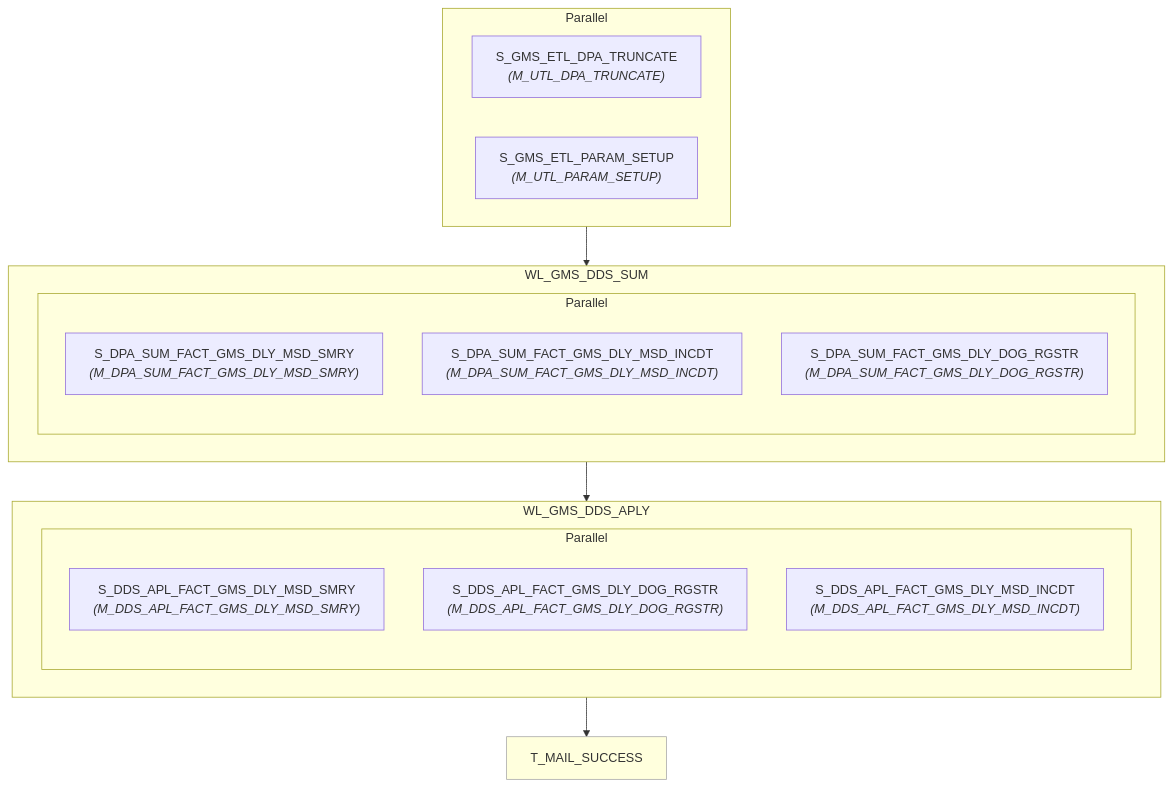
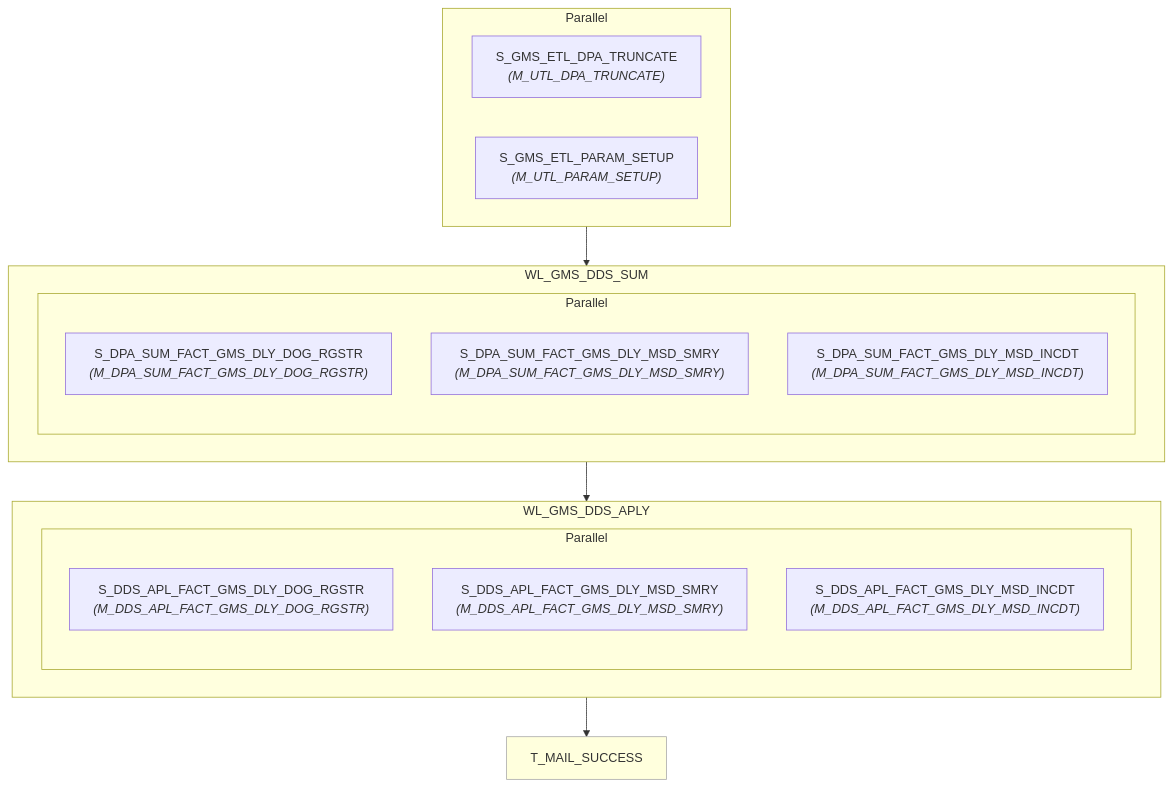
Before and after one commit to asl-adamxu/informatica-sparker-poc: the diagram in informatica/PySpark_workflows/dds/WF_GMS_DDS_APLY_DLY/wf_gms_dds_aply_dly.md, drawn with Mermaid. The commit also changed 434 other files, not shown here.

````diff
--- a/informatica/PySpark_workflows/dds/WF_GMS_DDS_APLY_DLY/wf_gms_dds_aply_dly.md
+++ b/informatica/PySpark_workflows/dds/WF_GMS_DDS_APLY_DLY/wf_gms_dds_aply_dly.md
@@ -7,34 +7,34 @@
 ```mermaid
 flowchart TD
     n1["S_GMS_ETL_DPA_TRUNCATE<br/><i>(M_UTL_DPA_TRUNCATE)</i>"]
     n2["S_GMS_ETL_PARAM_SETUP<br/><i>(M_UTL_PARAM_SETUP)</i>"]
     subgraph pg3[Parallel]
         n1
         n2
     end
     subgraph wkl4["WL_GMS_DDS_SUM"]
-    n5["S_DPA_SUM_FACT_GMS_DLY_MSD_SMRY<br/><i>(M_DPA_SUM_FACT_GMS_DLY_MSD_SMRY)</i>"]
-    n6["S_DPA_SUM_FACT_GMS_DLY_MSD_INCDT<br/><i>(M_DPA_SUM_FACT_GMS_DLY_MSD_INCDT)</i>"]
-    n7["S_DPA_SUM_FACT_GMS_DLY_DOG_RGSTR<br/><i>(M_DPA_SUM_FACT_GMS_DLY_DOG_RGSTR)</i>"]
+    n5["S_DPA_SUM_FACT_GMS_DLY_DOG_RGSTR<br/><i>(M_DPA_SUM_FACT_GMS_DLY_DOG_RGSTR)</i>"]
+    n6["S_DPA_SUM_FACT_GMS_DLY_MSD_SMRY<br/><i>(M_DPA_SUM_FACT_GMS_DLY_MSD_SMRY)</i>"]
+    n7["S_DPA_SUM_FACT_GMS_DLY_MSD_INCDT<br/><i>(M_DPA_SUM_FACT_GMS_DLY_MSD_INCDT)</i>"]
     subgraph pg8[Parallel]
         n5
         n6
         n7
     end
     end
     subgraph wkl9["WL_GMS_DDS_APLY"]
-    n10["S_DDS_APL_FACT_GMS_DLY_MSD_SMRY<br/><i>(M_DDS_APL_FACT_GMS_DLY_MSD_SMRY)</i>"]
-    n11["S_DDS_APL_FACT_GMS_DLY_DOG_RGSTR<br/><i>(M_DDS_APL_FACT_GMS_DLY_DOG_RGSTR)</i>"]
+    n10["S_DDS_APL_FACT_GMS_DLY_DOG_RGSTR<br/><i>(M_DDS_APL_FACT_GMS_DLY_DOG_RGSTR)</i>"]
+    n11["S_DDS_APL_FACT_GMS_DLY_MSD_SMRY<br/><i>(M_DDS_APL_FACT_GMS_DLY_MSD_SMRY)</i>"]
     n12["S_DDS_APL_FACT_GMS_DLY_MSD_INCDT<br/><i>(M_DDS_APL_FACT_GMS_DLY_MSD_INCDT)</i>"]
     subgraph pg13[Parallel]
         n10
         n11
         n12
     end
     end
     n14["T_MAIL_SUCCESS"]
     style n14 fill:#ffd,stroke:#aaa,stroke-width:1px
     pg3 --> wkl4
     wkl4 --> wkl9
     wkl9 --> n14
 ```
````
